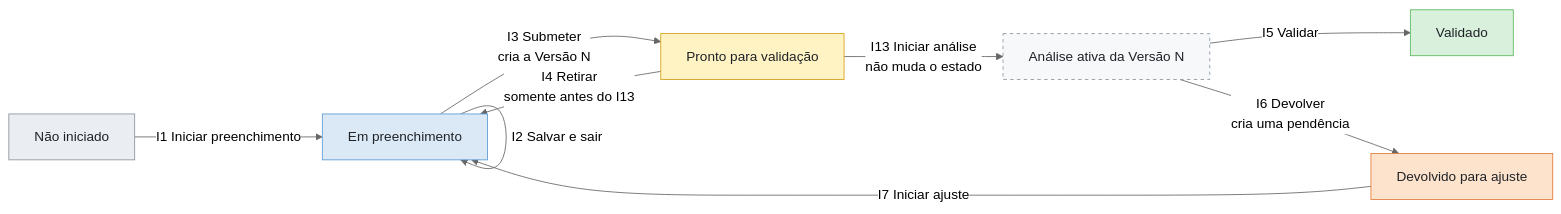
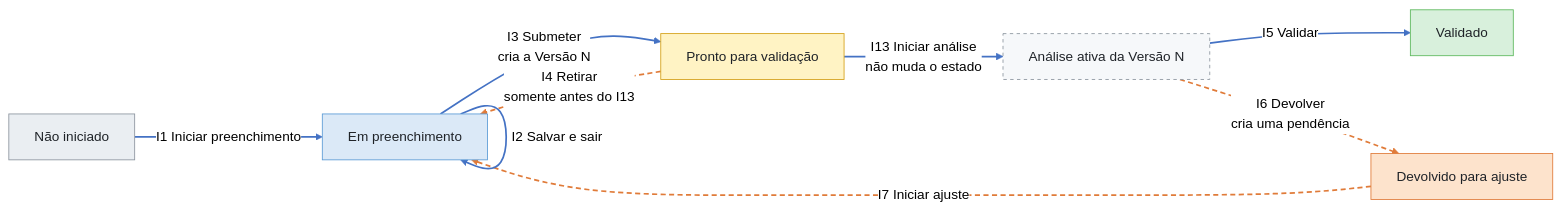
One commit to ailtonfv/governanca-lgpd-hortolandia changed the second of 11 diagrams in docs/arquitetura/MAPA_M1a.md. Above: the diagram before and after it, drawn with Mermaid (neutral theme). The commit also changed other lines of this file, not shown here.

````diff
--- a/docs/arquitetura/MAPA_M1a.md
+++ b/docs/arquitetura/MAPA_M1a.md
@@ -125,18 +142,20 @@
 ```mermaid
 flowchart LR
     N["Não iniciado"] -- "I1 Iniciar preenchimento" --> P["Em preenchimento"]
     P -- "I2 Salvar e sair" --> P
     P -- "I3 Submeter<br/>cria a Versão N" --> R["Pronto para validação"]
     R -- "I4 Retirar<br/>somente antes do I13" --> P
     R -- "I13 Iniciar análise<br/>não muda o estado" --> AN["Análise ativa da Versão N"]
     AN -- "I5 Validar" --> VA["Validado"]
     AN -- "I6 Devolver<br/>cria uma pendência" --> D["Devolvido para ajuste"]
     D -- "I7 Iniciar ajuste" --> P
 
     style N fill:#eaeef2,stroke:#8c959f,color:#1f2328
     style P fill:#dbe9f7,stroke:#5b9bd5,color:#1f2328
     style R fill:#fff3c4,stroke:#d4a017,color:#1f2328
     style AN fill:#f6f8fa,stroke:#8c959f,color:#1f2328,stroke-dasharray:4
     style VA fill:#d8f0dc,stroke:#5cb85c,color:#1f2328
     style D fill:#fde3cc,stroke:#e07b39,color:#1f2328
+    linkStyle 0,1,2,4,5 stroke:#4472c4,stroke-width:2px
+    linkStyle 3,6,7 stroke:#e07b39,stroke-width:2px,stroke-dasharray:6 4
 ```
````
